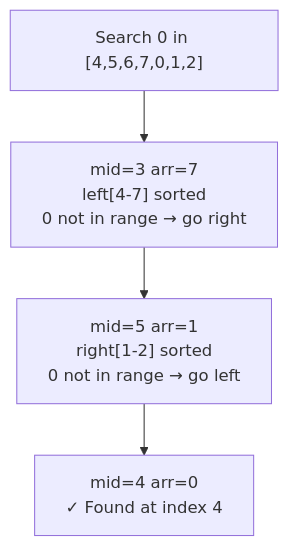
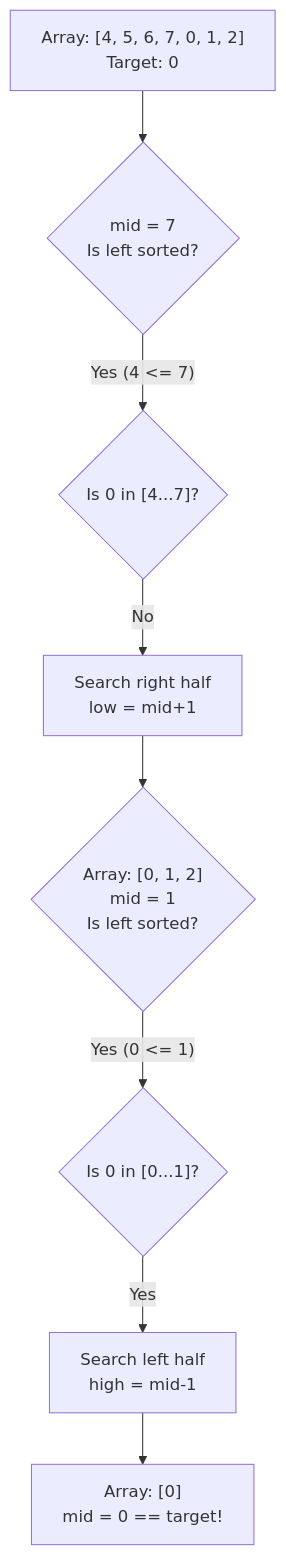
Before and after one commit to Hike-12/CCP: the diagram in practical_exam/q14_search_rotated_array.md, drawn with Mermaid. The commit also changed other lines of this file and 17 other files, not shown here.

````diff
--- a/practical_exam/q14_search_rotated_array.md
+++ b/practical_exam/q14_search_rotated_array.md
@@ -71,6 +111,12 @@
 ```mermaid
 graph TD
-    A["Search 0 in [4,5,6,7,0,1,2]"] --> B["mid=3 arr=7\nleft[4-7] sorted\n0 not in range → go right"]
-    B --> C["mid=5 arr=1\nright[1-2] sorted\n0 not in range → go left"]
-    C --> D["mid=4 arr=0\n✓ Found at index 4"]
+    A["Array: [4, 5, 6, 7, 0, 1, 2]<br>Target: 0"] --> B{"mid = 7<br>Is left sorted?"}
+    B -- Yes (4 <= 7) --> C{"Is 0 in [4...7]?"}
+    C -- No --> D["Search right half<br>low = mid+1"]
+    
+    D --> E{"Array: [0, 1, 2]<br>mid = 1<br>Is left sorted?"}
+    E -- Yes (0 <= 1) --> F{"Is 0 in [0...1]?"}
+    F -- Yes --> G["Search left half<br>high = mid-1"]
+    
+    G --> H["Array: [0]<br>mid = 0 == target!"]
 ```
````
